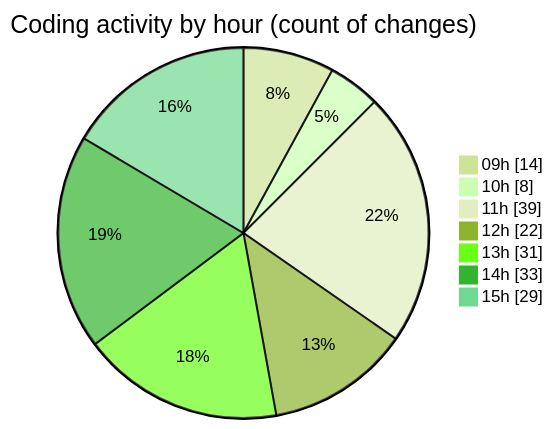
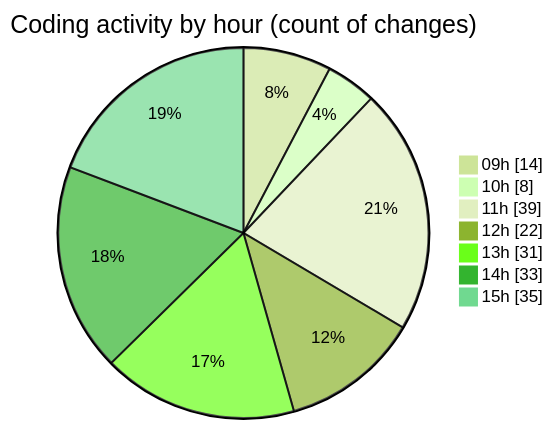
The second of 2 diagrams in 2025-02-07/cda/README.md (momahboobian/code-tracking), drawn with Mermaid (forest theme) before and after one commit. The commit also changed other lines of this file and 1 other file, not shown here.

````diff
--- a/2025-02-07/cda/README.md
+++ b/2025-02-07/cda/README.md
@@ -66,11 +66,11 @@
 ```mermaid
 pie showData
 title Coding activity by hour (count of changes)
 "09h" : 14
 "10h" : 8
 "11h" : 39
 "12h" : 22
 "13h" : 31
 "14h" : 33
-"15h" : 29
+"15h" : 35
 ```
````
